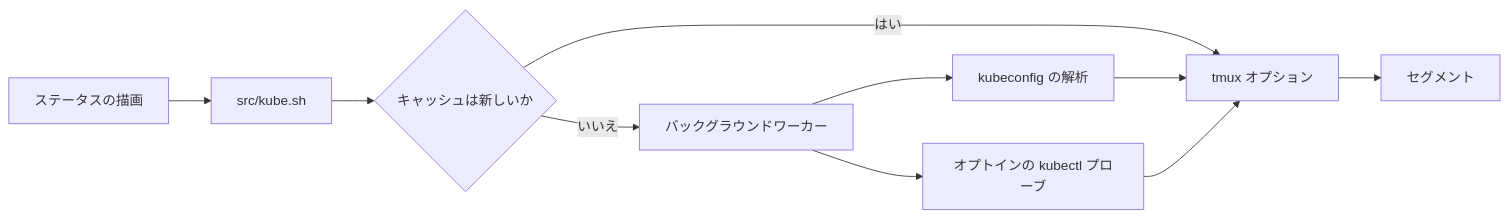
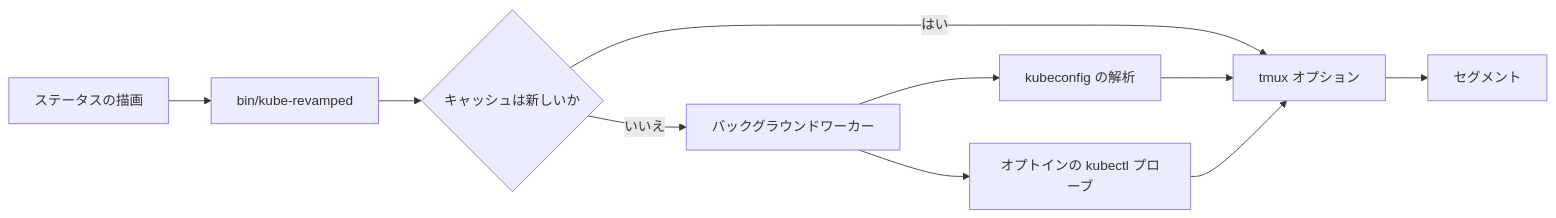
One commit to tmux-revamped/tmux-kube-revamped changed the diagram in README.ja.md. Above: the diagram before and after it, drawn with Mermaid. The commit also changed other lines of this file and 168 other files, not shown here.

````diff
--- a/README.ja.md
+++ b/README.ja.md
@@ -161,12 +191,12 @@
 ```mermaid
 graph LR
-    A[ステータスの描画] --> B[src/kube.sh]
+    A[ステータスの描画] --> B[bin/kube-revamped]
     B --> C{キャッシュは新しいか}
     C -->|はい| D[tmux オプション]
     C -->|いいえ| E[バックグラウンドワーカー]
     E --> F[kubeconfig の解析]
     E --> G[オプトインの kubectl プローブ]
     F --> D
     G --> D
     D --> H[セグメント]
 ```
````
